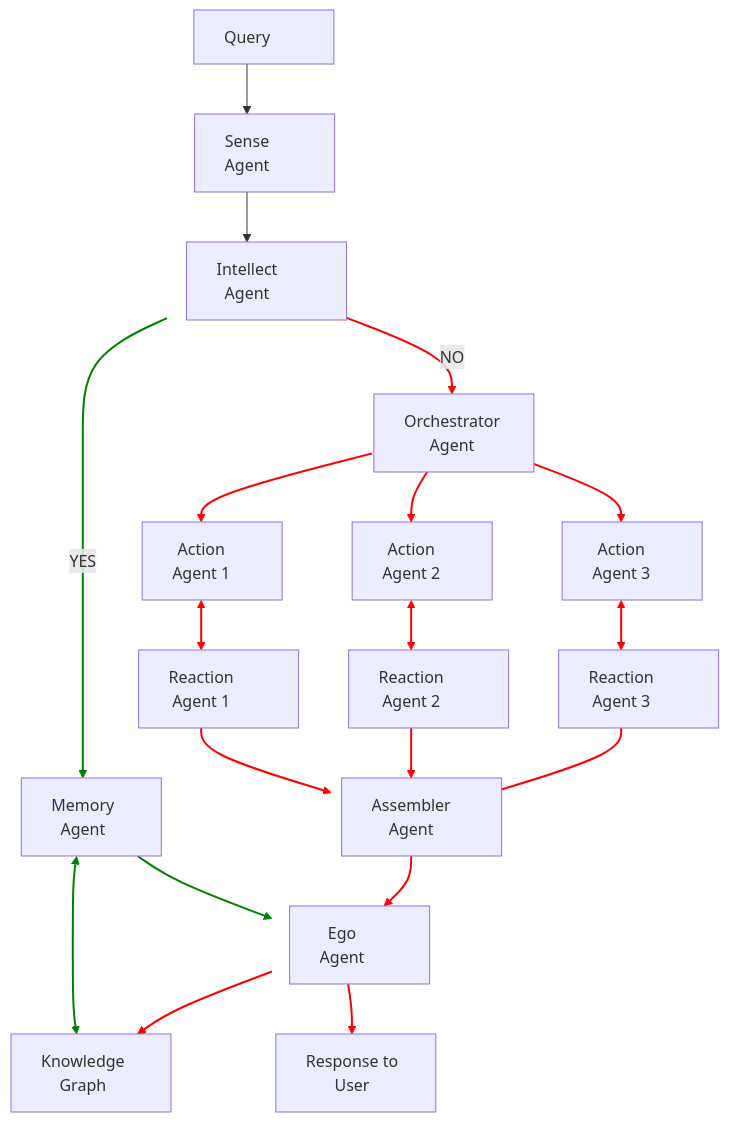
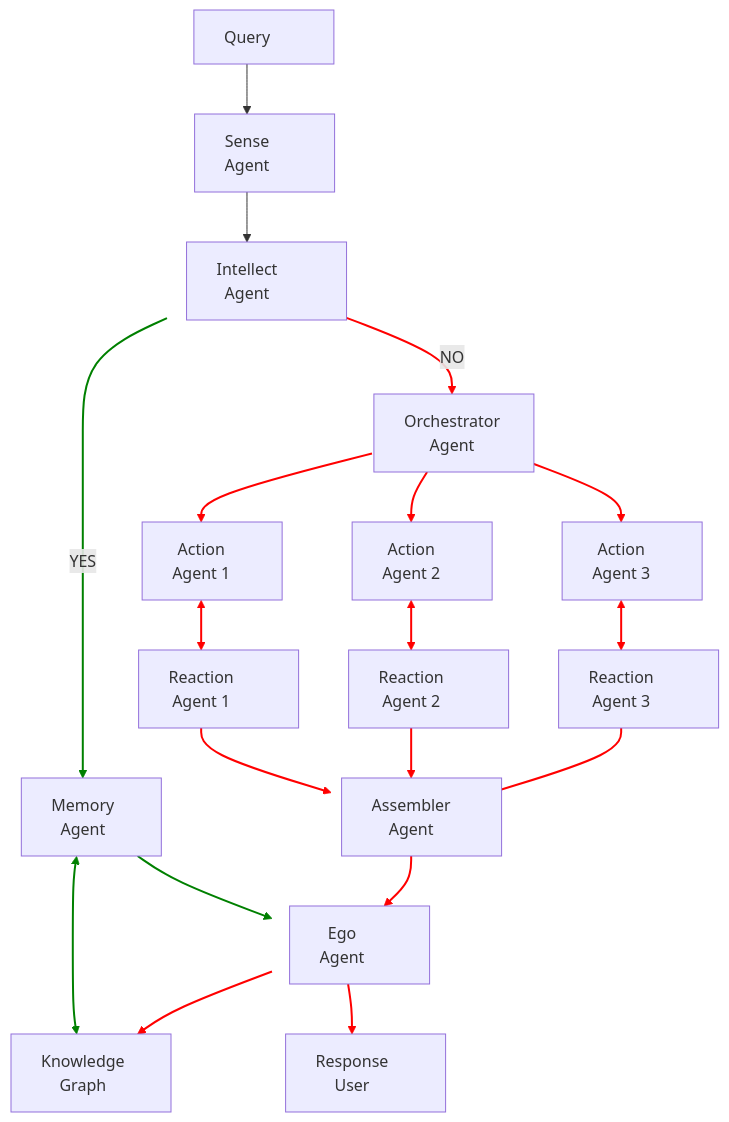
One commit to Mindverse-Computing/algoverse changed the diagram in README.md. Above: the diagram before and after it, drawn with Mermaid.

````diff
--- a/README.md
+++ b/README.md
@@ -78,58 +78,58 @@
 ```mermaid
 graph TD
   A[Query] --> S[Sense<br>Agent]
   S --> I[Intellect<br>Agent]
   I -- YES --> M[Memory<br>Agent]
   M <--> G[Knowledge<br>Graph]
   M --> E[Ego<br>Agent]
   I -- NO --> O[Orchestrator<br>Agent]
   O --> A1[Action<br>Agent 1]
   O --> A2[Action<br>Agent 2]
   O --> A3[Action<br>Agent 3]
   A1 <--> R1[Reaction<br>Agent 1]
   A2 <--> R2[Reaction<br>Agent 2]
   A3 <--> R3[Reaction<br>Agent 3]
   R1 --> AA[Assembler<br>Agent]
   R2 --> AA
   R3 --> AA
   AA --> E
   E --> G
-  E --> U[Response to<br>User]
+  E --> U[Response<br>User]
 
   %% Styling green paths (YES path)
   linkStyle 2 stroke:green,stroke-width:2px      
   linkStyle 3 stroke:green,stroke-width:2px      
   linkStyle 4 stroke:green,stroke-width:2px      
 
   %% Styling red paths (NO path)
   linkStyle 5 stroke:red,stroke-width:2px       
   linkStyle 6 stroke:red,stroke-width:2px        
   linkStyle 7 stroke:red,stroke-width:2px        
   linkStyle 8 stroke:red,stroke-width:2px        
   linkStyle 9 stroke:red,stroke-width:2px        
   linkStyle 10 stroke:red,stroke-width:2px       
   linkStyle 11 stroke:red,stroke-width:2px       
   linkStyle 12 stroke:red,stroke-width:2px       
   linkStyle 13 stroke:red,stroke-width:2px       
   linkStyle 14 stroke:red,stroke-width:2px       
   linkStyle 15 stroke:red,stroke-width:2px       
   linkStyle 16 stroke:red,stroke-width:2px       
   linkStyle 17 stroke:red,stroke-width:2px       
 
   %% Force wider node styles to prevent cut-off
   style A width:140px
   style S width:140px
   style I width:160px
   style M width:140px
   style G width:160px
   style E width:140px
   style O width:160px
   style A1 width:140px
   style A2 width:140px
   style A3 width:140px
   style R1 width:160px
   style R2 width:160px
   style R3 width:160px
   style AA width:160px
   style U width:160px          
 ```
````
